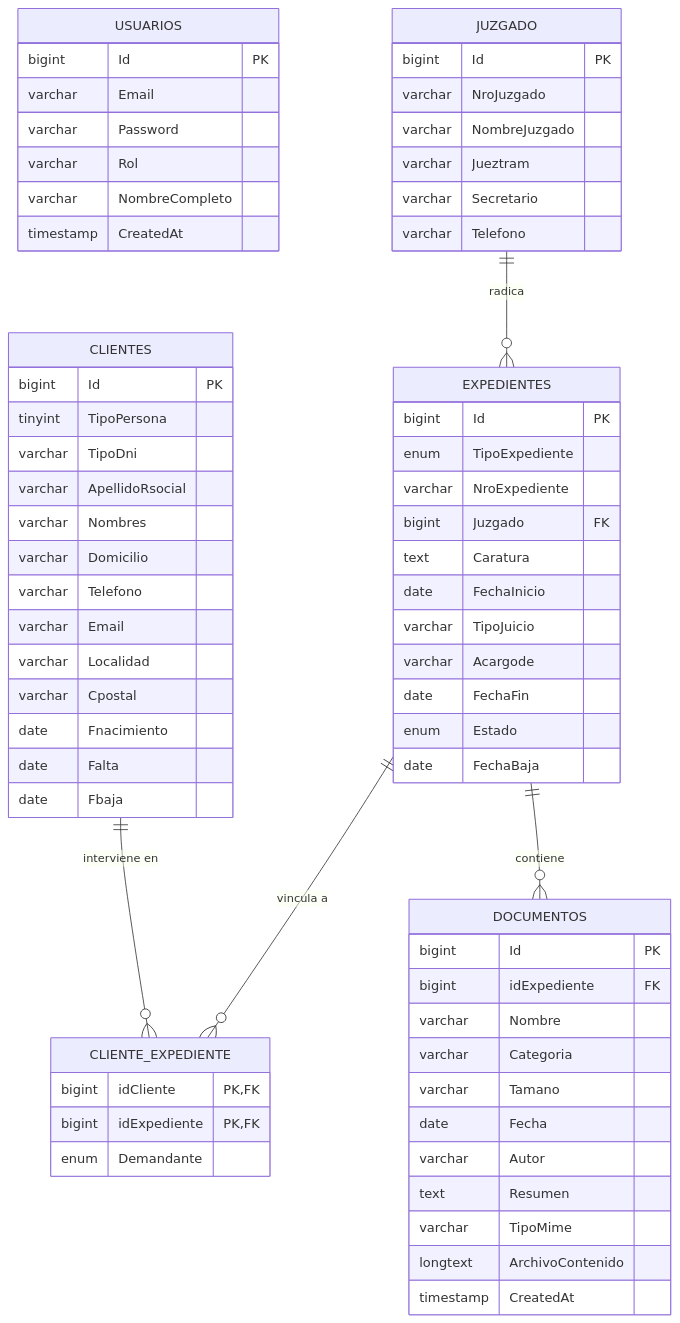
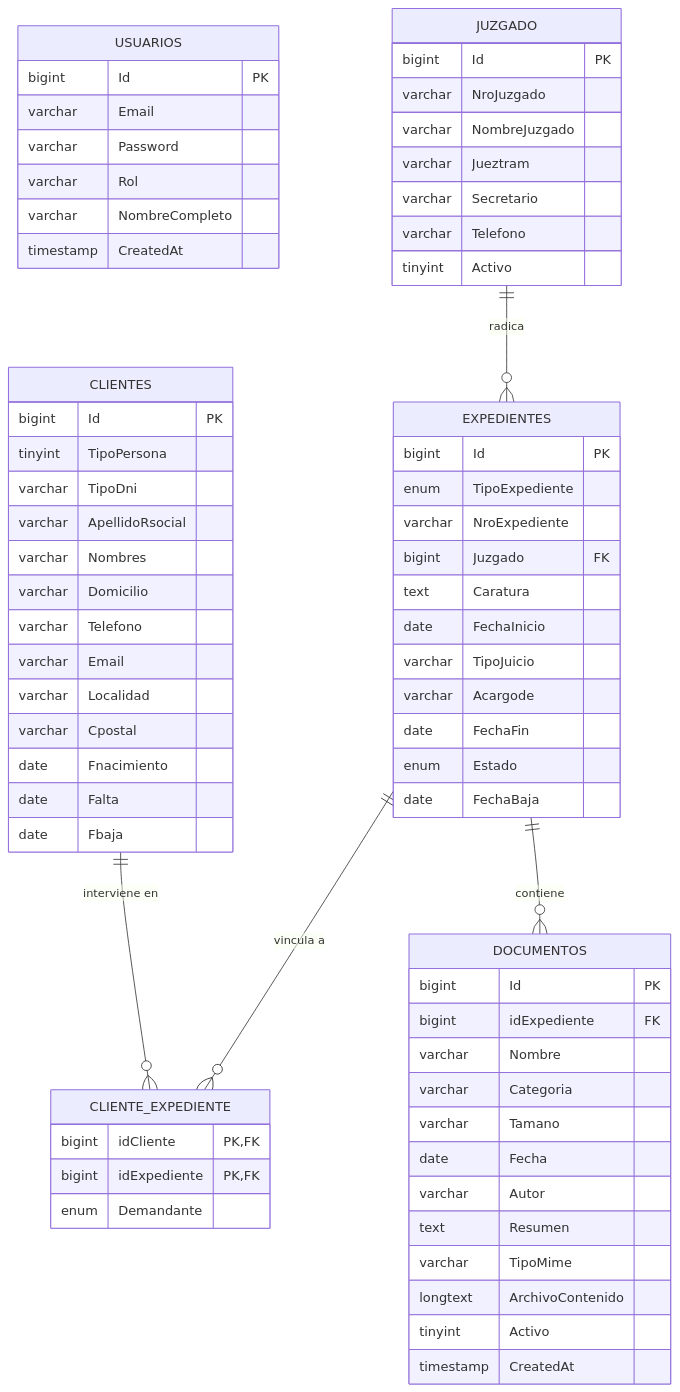
One commit to JuliaDaniR/estudio-juridico-myc changed the first of 2 diagrams in README.md. Above: the diagram before and after it, drawn with Mermaid. The commit also changed other lines of this file and 3 other files, not shown here.

````diff
--- a/README.md
+++ b/README.md
@@ -37,75 +39,77 @@
 ```mermaid
 erDiagram
     USUARIOS {
         bigint Id PK
         varchar Email
         varchar Password
         varchar Rol
         varchar NombreCompleto
         timestamp CreatedAt
     }
 
     CLIENTES {
         bigint Id PK
         tinyint TipoPersona
         varchar TipoDni
         varchar ApellidoRsocial
         varchar Nombres
         varchar Domicilio
         varchar Telefono
         varchar Email
         varchar Localidad
         varchar Cpostal
         date Fnacimiento
         date Falta
         date Fbaja
     }
 
     JUZGADO {
         bigint Id PK
         varchar NroJuzgado
         varchar NombreJuzgado
         varchar Jueztram
         varchar Secretario
         varchar Telefono
+        tinyint Activo
     }
 
     EXPEDIENTES {
         bigint Id PK
         enum TipoExpediente
         varchar NroExpediente
         bigint Juzgado FK
         text Caratura
         date FechaInicio
         varchar TipoJuicio
         varchar Acargode
         date FechaFin
         enum Estado
         date FechaBaja
     }
 
     CLIENTE_EXPEDIENTE {
         bigint idCliente PK, FK
         bigint idExpediente PK, FK
         enum Demandante
     }
 
     DOCUMENTOS {
         bigint Id PK
         bigint idExpediente FK
         varchar Nombre
         varchar Categoria
         varchar Tamano
         date Fecha
         varchar Autor
         text Resumen
         varchar TipoMime
         longtext ArchivoContenido
+        tinyint Activo
         timestamp CreatedAt
     }
 
     JUZGADO ||--o{ EXPEDIENTES : "radica"
     CLIENTES ||--o{ CLIENTE_EXPEDIENTE : "interviene en"
     EXPEDIENTES ||--o{ CLIENTE_EXPEDIENTE : "vincula a"
     EXPEDIENTES ||--o{ DOCUMENTOS : "contiene"
 ```
````
